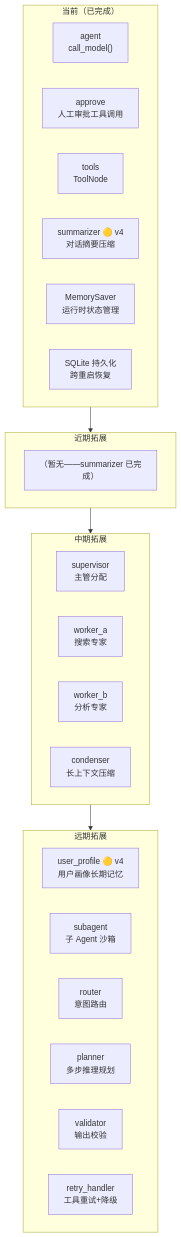
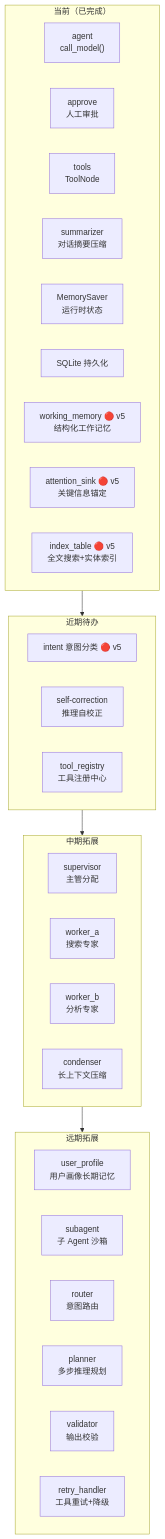
One commit to wuLa0702/llm_wiki_selfbuild changed the eighth of 8 diagrams in docs/agent-architecture-diagrams.md. Above: the diagram before and after it, drawn with Mermaid. The commit also changed other lines of this file, not shown here.

First line of the commit message:
docs(agent): 架构图更新至 v5 — 四层模块 + WM + Sink + 索引表

````diff
--- a/docs/agent-architecture-diagrams.md
+++ b/docs/agent-architecture-diagrams.md
@@ -402,35 +517,40 @@
 ```mermaid
 flowchart TD
     subgraph CURRENT["当前（已完成）"]
         AGENT["agent<br/>call_model()"]
-        APPROVE["approve<br/>人工审批工具调用"]
+        APPROVE["approve<br/>人工审批"]
         TOOLS["tools<br/>ToolNode"]
-        SUMM["summarizer 🟡 v4<br/>对话摘要压缩"]
-        CHECK["MemorySaver<br/>运行时状态管理"]
-        SQLITE["SQLite 持久化<br/>跨重启恢复"]
+        SUMM["summarizer<br/>对话摘要压缩"]
+        CHECK["MemorySaver<br/>运行时状态"]
+        SQLITE["SQLite 持久化"]
+        WM["working_memory 🔴 v5<br/>结构化工作记忆"]
+        SINK["attention_sink 🔴 v5<br/>关键信息锚定"]
+        INDEX["index_table 🔴 v5<br/>全文搜索+实体索引"]
     end
 
-    subgraph P1["近期拓展"]
-        REMARK["（暂无——summarizer 已完成）"]
+    subgraph P1["近期待办"]
+        PERCEPT_INTENT["intent 意图分类 🔴 v5"]
+        SELF_CORRECT["self-correction<br/>推理自校正"]
+        TOOL_REGISTRY["tool_registry<br/>工具注册中心"]
     end
 
     subgraph P2["中期拓展"]
         SUPERVISOR["supervisor<br/>主管分配"]
         WORKER1["worker_a<br/>搜索专家"]
         WORKER2["worker_b<br/>分析专家"]
         CONDENSER["condenser<br/>长上下文压缩"]
     end
 
     subgraph P3["远期拓展"]
-        PROFILE["user_profile 🟡 v4<br/>用户画像长期记忆"]
+        PROFILE["user_profile<br/>用户画像长期记忆"]
         SUBAGENT["subagent<br/>子 Agent 沙箱"]
         ROUTER["router<br/>意图路由"]
         PLANNER["planner<br/>多步推理规划"]
         VALIDATOR["validator<br/>输出校验"]
         RETRY["retry_handler<br/>工具重试+降级"]
     end
 
     CURRENT --> P1
     P1 --> P2
     P2 --> P3
 ```
````
